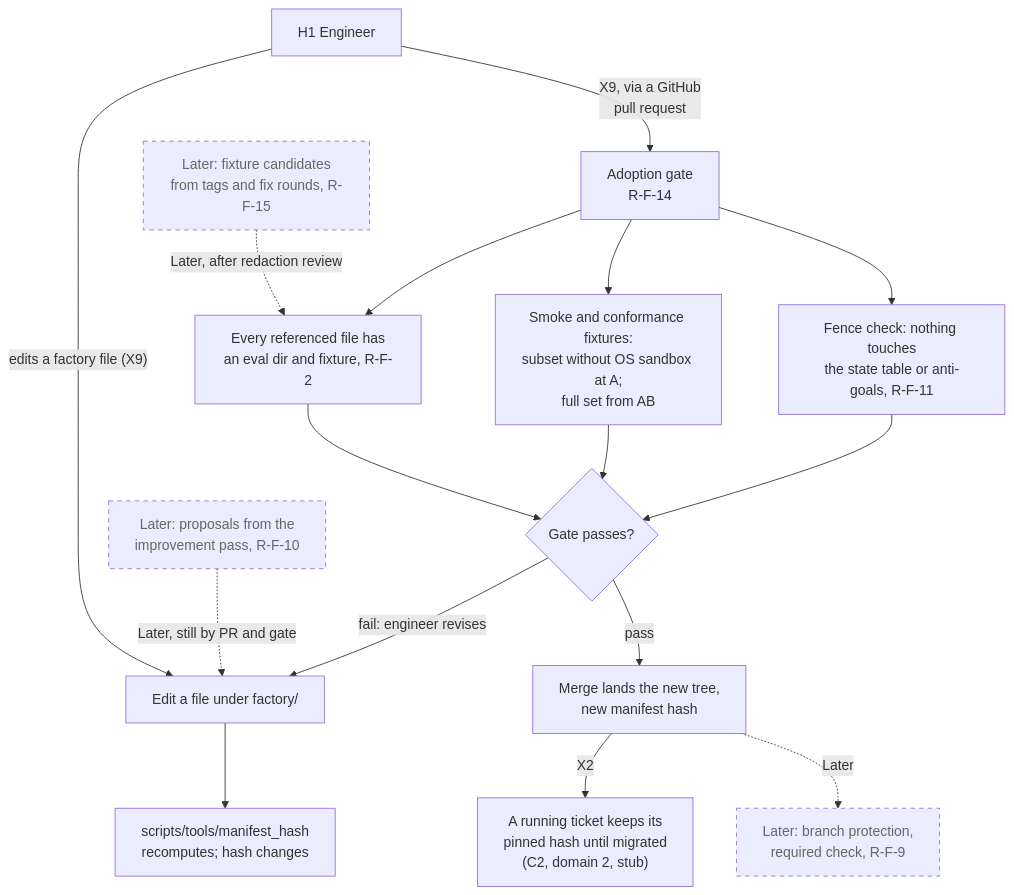
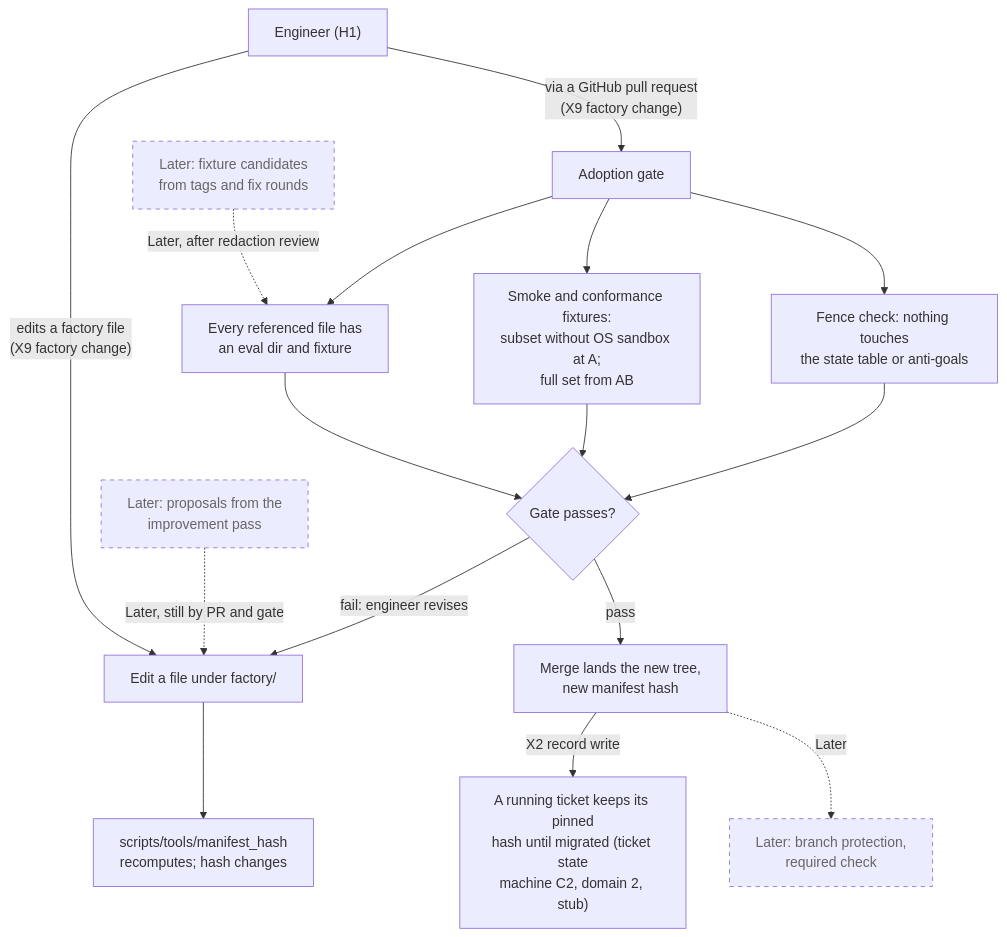
The third of 3 diagrams in docs/design/hld/L2-factory-as-code.md (abhishekthakur7/software-factory), drawn with Mermaid before and after one commit. The commit also changed other lines of this file and 9 other files, not shown here.

Commit message:
Name every code on the HLD pictures; add the short-name legend and fix the broken sequence diagram

````diff
--- a/docs/design/hld/L2-factory-as-code.md
+++ b/docs/design/hld/L2-factory-as-code.md
@@ -162,35 +164,35 @@
 ```mermaid
 flowchart TB
-    H1["H1 Engineer"]
+    H1["Engineer (H1)"]
     F1_edit["Edit a file under factory/"]
     F1_hash2["scripts/tools/manifest_hash<br/>recomputes; hash changes"]
-    F1_gate2["Adoption gate<br/>R-F-14"]
-    F8_check["Every referenced file has<br/>an eval dir and fixture, R-F-2"]
+    F1_gate2["Adoption gate"]
+    F8_check["Every referenced file has<br/>an eval dir and fixture"]
     F8_smoke["Smoke and conformance fixtures:<br/>subset without OS sandbox at A;<br/>full set from AB"]
-    F1_fence["Fence check: nothing touches<br/>the state table or anti-goals, R-F-11"]
+    F1_fence["Fence check: nothing touches<br/>the state table or anti-goals"]
     Gate_decision{"Gate passes?"}
     F1_merge["Merge lands the new tree,<br/>new manifest hash"]
-    Ticket_pin["A running ticket keeps its<br/>pinned hash until migrated<br/>(C2, domain 2, stub)"]
-    F1_later2["Later: branch protection,<br/>required check, R-F-9"]
-    F8_proposal2["Later: proposals from the<br/>improvement pass, R-F-10"]
-    F8_candidate2["Later: fixture candidates<br/>from tags and fix rounds, R-F-15"]
+    Ticket_pin["A running ticket keeps its pinned<br/>hash until migrated (ticket state<br/>machine C2, domain 2, stub)"]
+    F1_later2["Later: branch protection,<br/>required check"]
+    F8_proposal2["Later: proposals from the<br/>improvement pass"]
+    F8_candidate2["Later: fixture candidates<br/>from tags and fix rounds"]
 
-    H1 -->|"edits a factory file (X9)"| F1_edit
+    H1 -->|"edits a factory file<br/>(X9 factory change)"| F1_edit
     F1_edit --> F1_hash2
-    H1 -->|"X9, via a GitHub<br/>pull request"| F1_gate2
+    H1 -->|"via a GitHub pull request<br/>(X9 factory change)"| F1_gate2
     F1_gate2 --> F8_check
     F1_gate2 --> F8_smoke
     F1_gate2 --> F1_fence
     F8_check --> Gate_decision
     F8_smoke --> Gate_decision
     F1_fence --> Gate_decision
     Gate_decision -->|"fail: engineer revises"| F1_edit
     Gate_decision -->|"pass"| F1_merge
-    F1_merge -->|"X2"| Ticket_pin
+    F1_merge -->|"X2 record write"| Ticket_pin
     F1_merge -.->|"Later"| F1_later2
     F8_proposal2 -.->|"Later, still by PR and gate"| F1_edit
     F8_candidate2 -.->|"Later, after redaction review"| F8_check
 
     classDef later stroke-dasharray:5 5,color:#666
     class F1_later2,F8_proposal2,F8_candidate2 later
 ```
````
